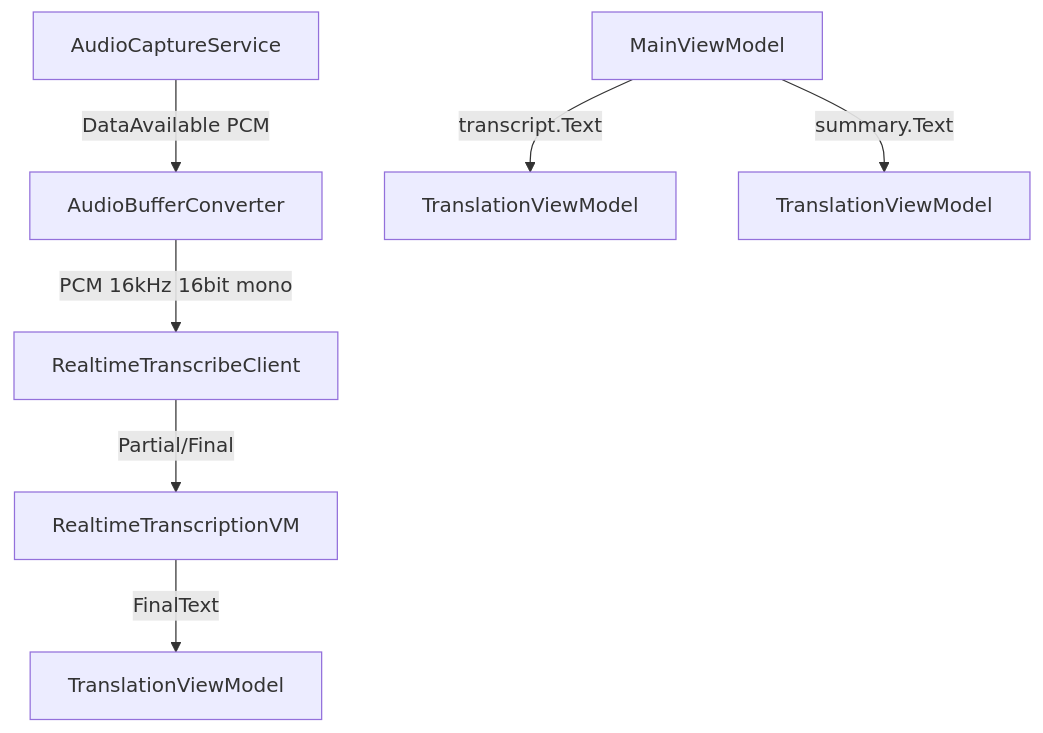
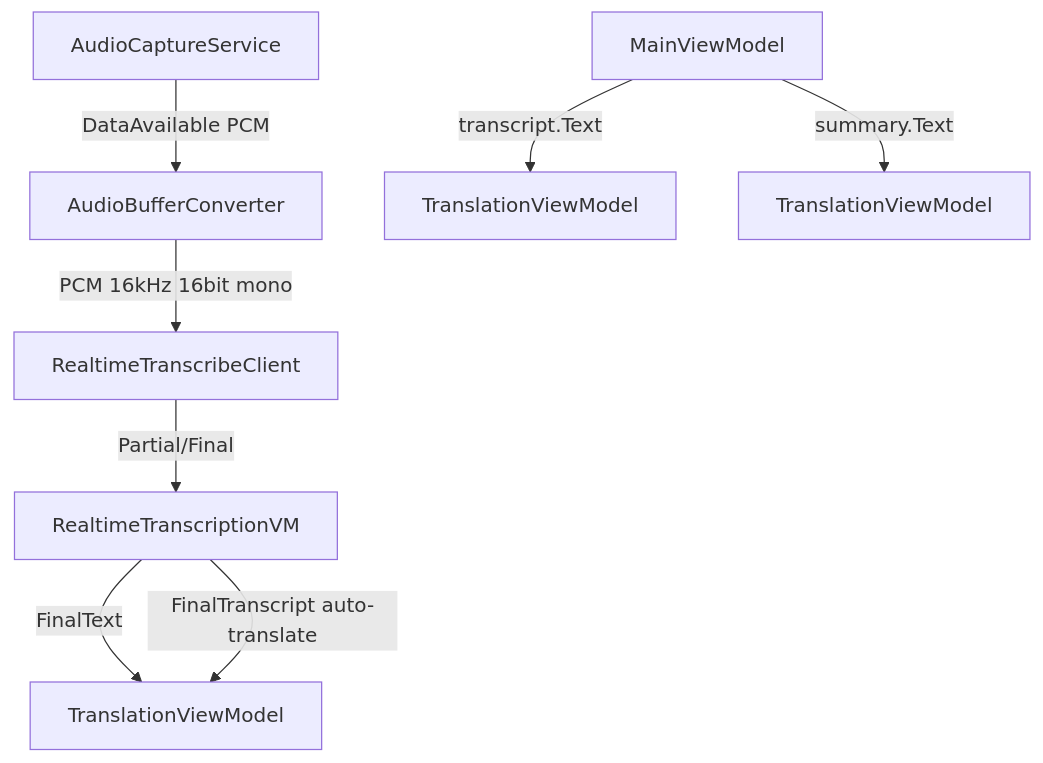
Before and after one commit to CQYaDoKaRi/aws.transum: the diagram in specs/windows/realtime-transcription-translation/design.md, drawn with Mermaid. The commit also changed other lines of this file and 52 other files, not shown here.

````diff
--- a/specs/windows/realtime-transcription-translation/design.md
+++ b/specs/windows/realtime-transcription-translation/design.md
@@ -9,10 +9,11 @@
 ```mermaid
 graph TB
     AudioCaptureService -->|DataAvailable PCM| AudioBufferConverter
     AudioBufferConverter -->|PCM 16kHz 16bit mono| RealtimeTranscribeClient
     RealtimeTranscribeClient -->|Partial/Final| RealtimeTranscriptionVM
     RealtimeTranscriptionVM -->|FinalText| TranslationVM_Realtime[TranslationViewModel]
+    RealtimeTranscriptionVM -->|FinalTranscript auto-translate| TranslationVM_Realtime
 
     MainViewModel -->|transcript.Text| TranslationVM_Transcript[TranslationViewModel]
     MainViewModel -->|summary.Text| TranslationVM_Summary[TranslationViewModel]
 ```
````
